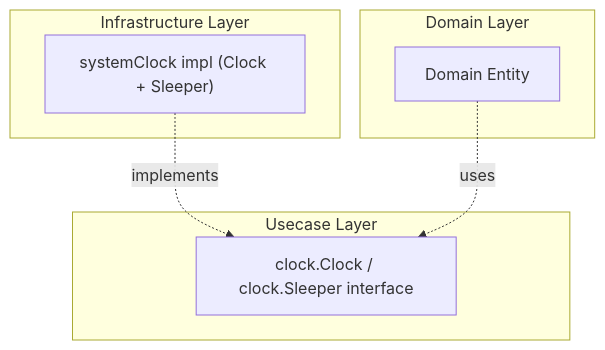
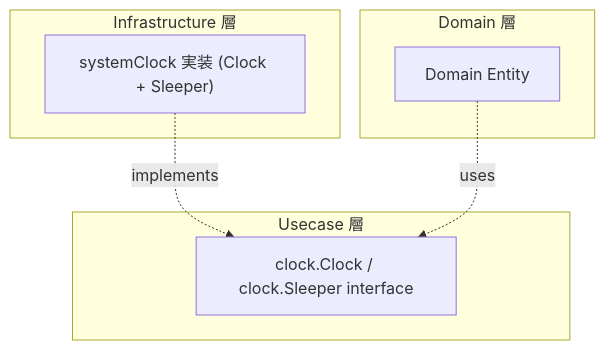
The diagram in internal/infrastructure/system/README.md (Tomy-ch/go-boilerplate), drawn with Mermaid before and after one commit. The commit also changed other lines of this file and 970 other files, not shown here.

````diff
--- a/internal/infrastructure/system/README.md
+++ b/internal/infrastructure/system/README.md
@@ -14,15 +14,15 @@
 ```mermaid
 flowchart TB
-    subgraph "Usecase Layer"
+    subgraph "Usecase 層"
         IF["clock.Clock / clock.Sleeper interface"]
     end
-    subgraph "Infrastructure Layer"
-        Impl["systemClock impl (Clock + Sleeper)"]
+    subgraph "Infrastructure 層"
+        Impl["systemClock 実装 (Clock + Sleeper)"]
     end
-    subgraph "Domain Layer"
+    subgraph "Domain 層"
         Domain["Domain Entity"]
     end
 
     Impl -. implements .-> IF
     Domain -. uses .-> IF
 ```
````
